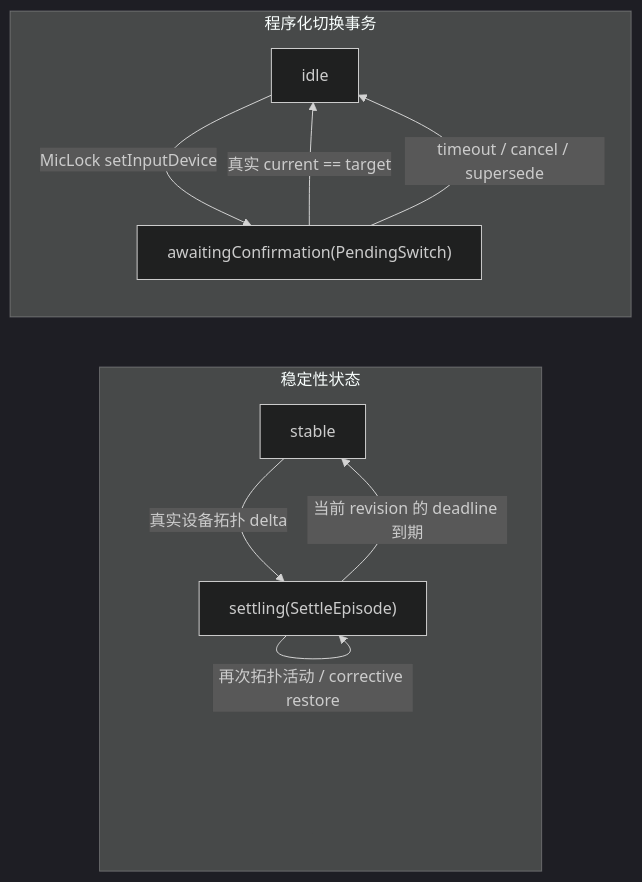
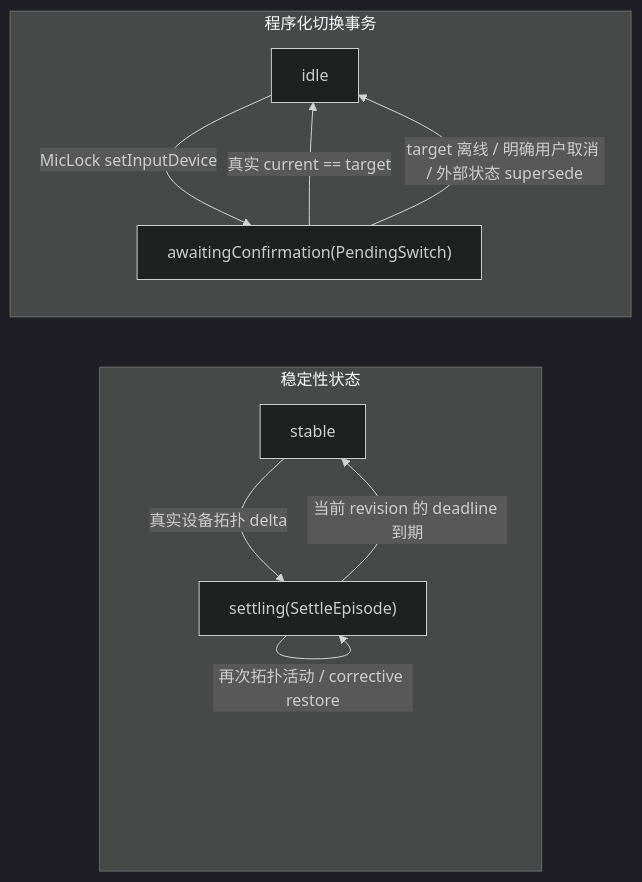
The first of 3 diagrams in docs/auto-mode.md (Forgo7ten/MicLock), drawn with Mermaid (dark theme) before and after one commit. The commit also changed other lines of this file and 3 other files, not shown here.

````diff
--- a/docs/auto-mode.md
+++ b/docs/auto-mode.md
@@ -24,18 +24,18 @@
 ```mermaid
 flowchart LR
     subgraph Stability["稳定性状态"]
         S1[stable]
         S2["settling(SettleEpisode)"]
         S1 -->|真实设备拓扑 delta| S2
         S2 -->|再次拓扑活动 / corrective restore| S2
         S2 -->|当前 revision 的 deadline 到期| S1
     end
 
     subgraph Switch["程序化切换事务"]
         P1[idle]
         P2["awaitingConfirmation(PendingSwitch)"]
         P1 -->|MicLock setInputDevice| P2
         P2 -->|真实 current == target| P1
-        P2 -->|timeout / cancel / supersede| P1
+        P2 -->|target 离线 / 明确用户取消 / 外部状态 supersede| P1
     end
 ```
````
